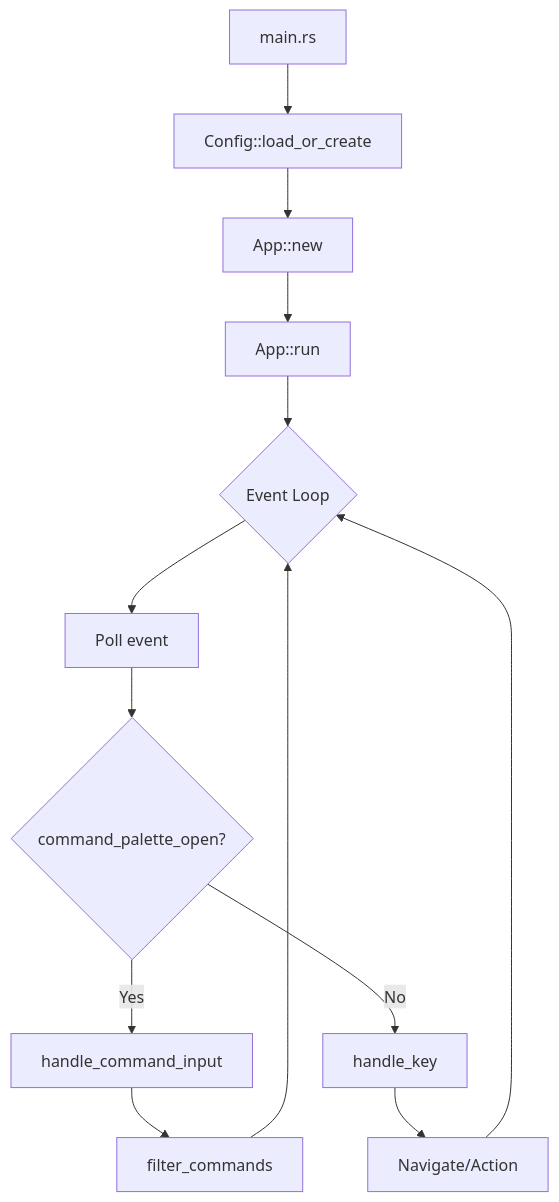
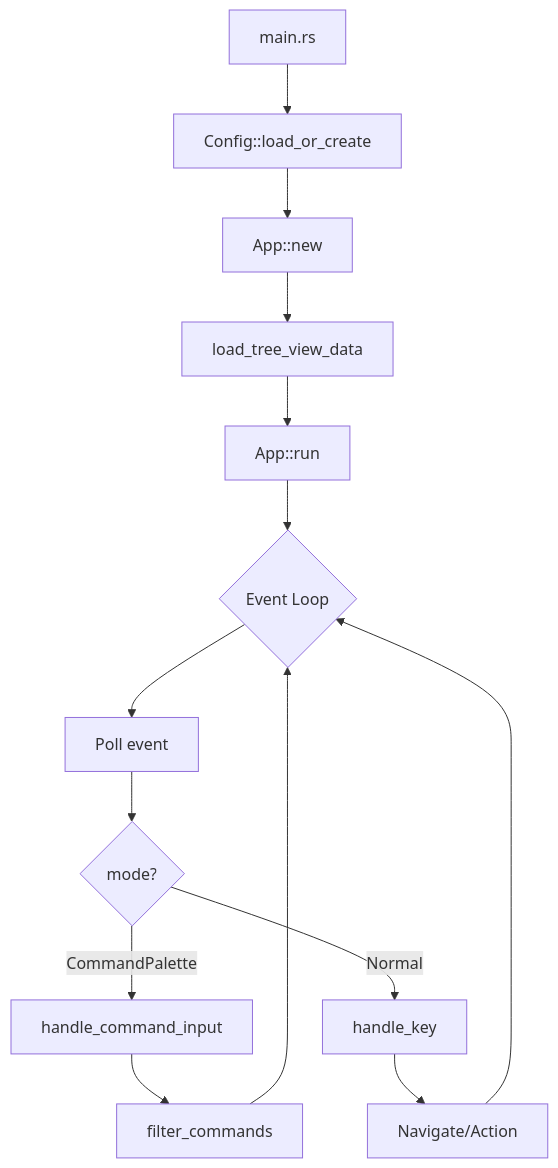
Before and after one commit to tayspen72/chronicle: the first of 2 diagrams in DESIGN.md, drawn with Mermaid. The commit also changed other lines of this file, not shown here.

````diff
--- a/DESIGN.md
+++ b/DESIGN.md
@@ -157,15 +254,16 @@
 ```mermaid
 graph TD
     A[main.rs] --> B[Config::load_or_create]
     B --> C[App::new]
-    C --> D[App::run]
-    D --> E{Event Loop}
-    E --> F[Poll event]
-    F --> G{command_palette_open?}
-    G -->|Yes| H[handle_command_input]
-    G -->|No| I[handle_key]
-    H --> J[filter_commands]
-    I --> K[Navigate/Action]
-    J --> E
-    K --> E
+    C --> D[load_tree_view_data]
+    D --> E[App::run]
+    E --> F{Event Loop}
+    F --> G[Poll event]
+    G --> H{mode?}
+    H -->|CommandPalette| I[handle_command_input]
+    H -->|Normal| J[handle_key]
+    I --> K[filter_commands]
+    J --> L[Navigate/Action]
+    K --> F
+    L --> F
 ```
````
